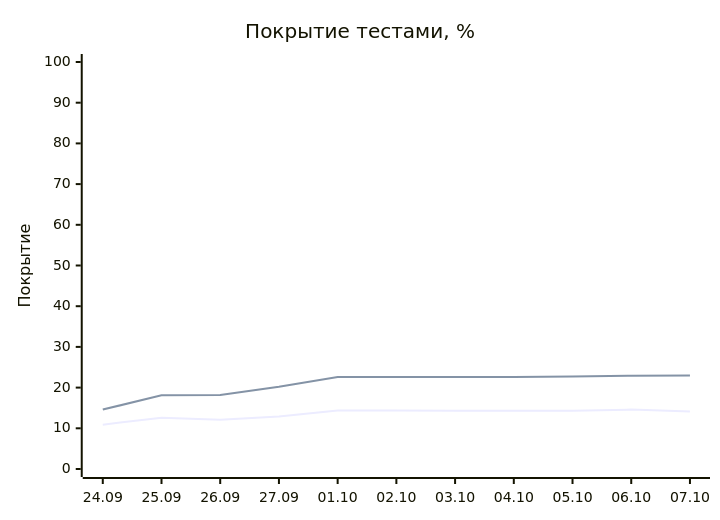
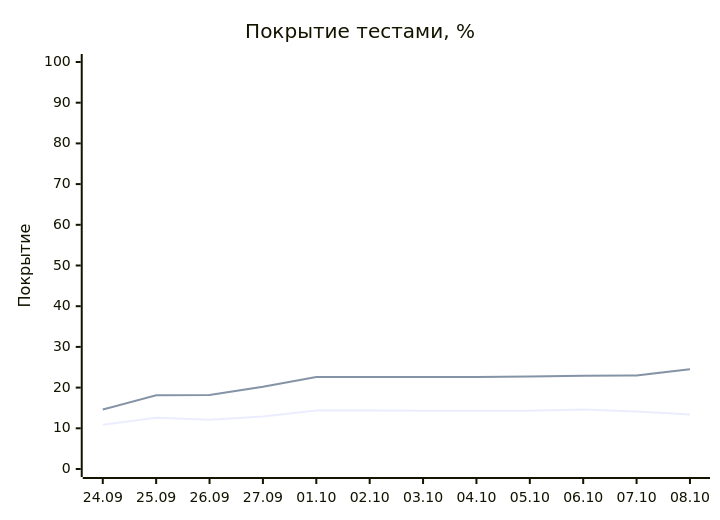
The diagram in README.md (EvgeniBondarev/coverage-report), drawn with Mermaid before and after one commit. The commit also changed other lines of this file and 2894 other files, not shown here.

````diff
--- a/README.md
+++ b/README.md
@@ -19,8 +19,8 @@
 ```mermaid
 xychart-beta
     title "Покрытие тестами, %"
-    x-axis ["24.09", "25.09", "26.09", "27.09", "01.10", "02.10", "03.10", "04.10", "05.10", "06.10", "07.10"]
+    x-axis ["24.09", "25.09", "26.09", "27.09", "01.10", "02.10", "03.10", "04.10", "05.10", "06.10", "07.10", "08.10"]
     y-axis "Покрытие" 0 --> 100
-    line [10.9, 12.6, 12.1, 12.9, 14.4, 14.4, 14.3, 14.3, 14.3, 14.6, 14.1]
-    line [14.6, 18.1, 18.2, 20.2, 22.6, 22.6, 22.6, 22.6, 22.7, 22.9, 23]
+    line [10.9, 12.6, 12.1, 12.9, 14.4, 14.4, 14.3, 14.3, 14.3, 14.6, 14.1, 13.4]
+    line [14.6, 18.1, 18.2, 20.2, 22.6, 22.6, 22.6, 22.6, 22.7, 22.9, 23, 24.5]
 ```
````
